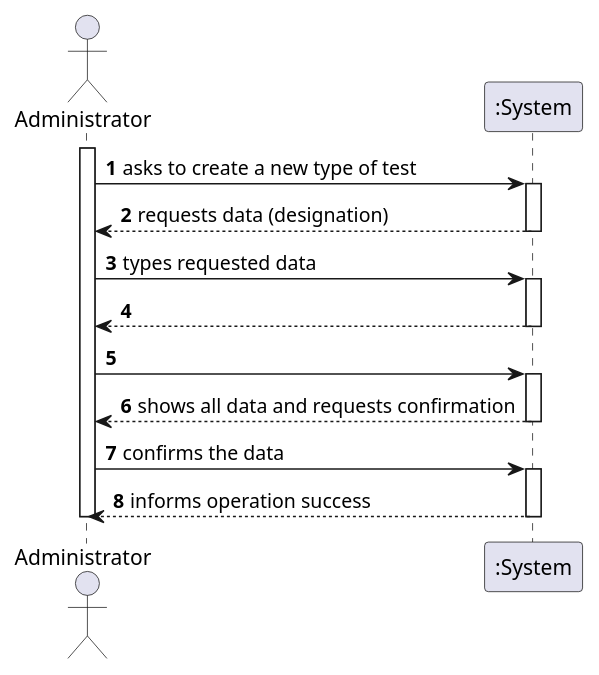
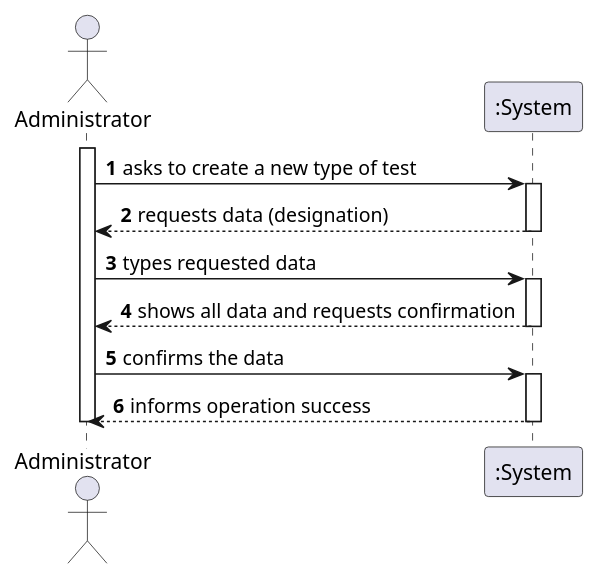
Before and after one commit to manu-07-ela/LAPR2_ISEP: the diagram in docs/SprintB/US09/US09_SSD.puml, drawn with PlantUML. The commit also changed 23 other files, not shown here.

```diff
--- a/docs/SprintB/US09/US09_SSD.puml
+++ b/docs/SprintB/US09/US09_SSD.puml
@@ -1,28 +1,23 @@
 @startuml
 autonumber
 actor "Administrator" as Adm
 
 activate Adm
 Adm -> ":System" : asks to create a new type of test
 activate ":System"
 ":System" --> Adm : requests data (designation)
 deactivate ":System"
 
 Adm -> ":System" : types requested data
 activate ":System"
-":System" --> Adm :
-deactivate ":System"
-
-Adm -> ":System" :
-activate ":System"
 ":System" --> Adm : shows all data and requests confirmation
 deactivate ":System"
 
 Adm -> ":System" : confirms the data
 activate ":System"
 ":System" --> Adm : informs operation success
 deactivate ":System"
 
 deactivate Adm
 
 @enduml
```
